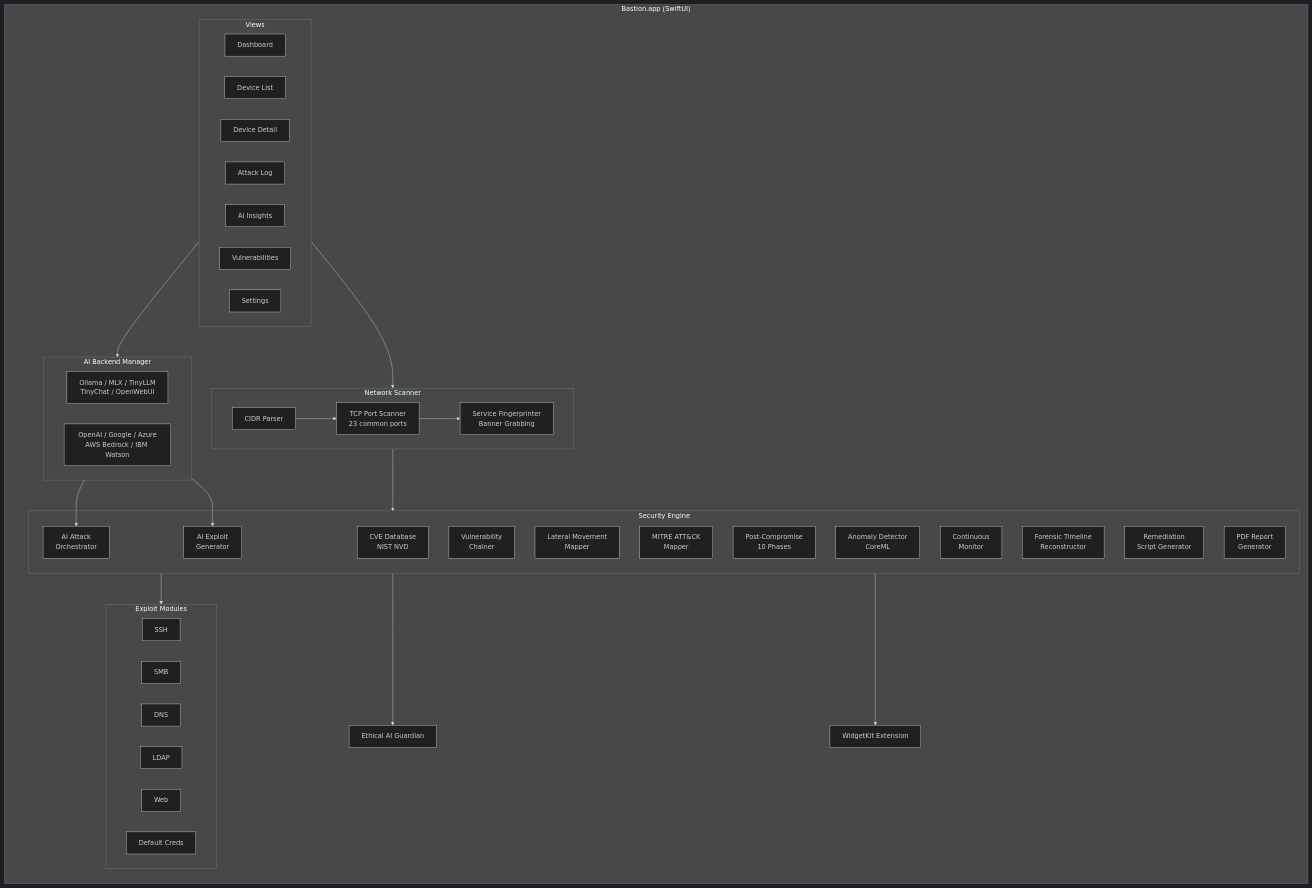
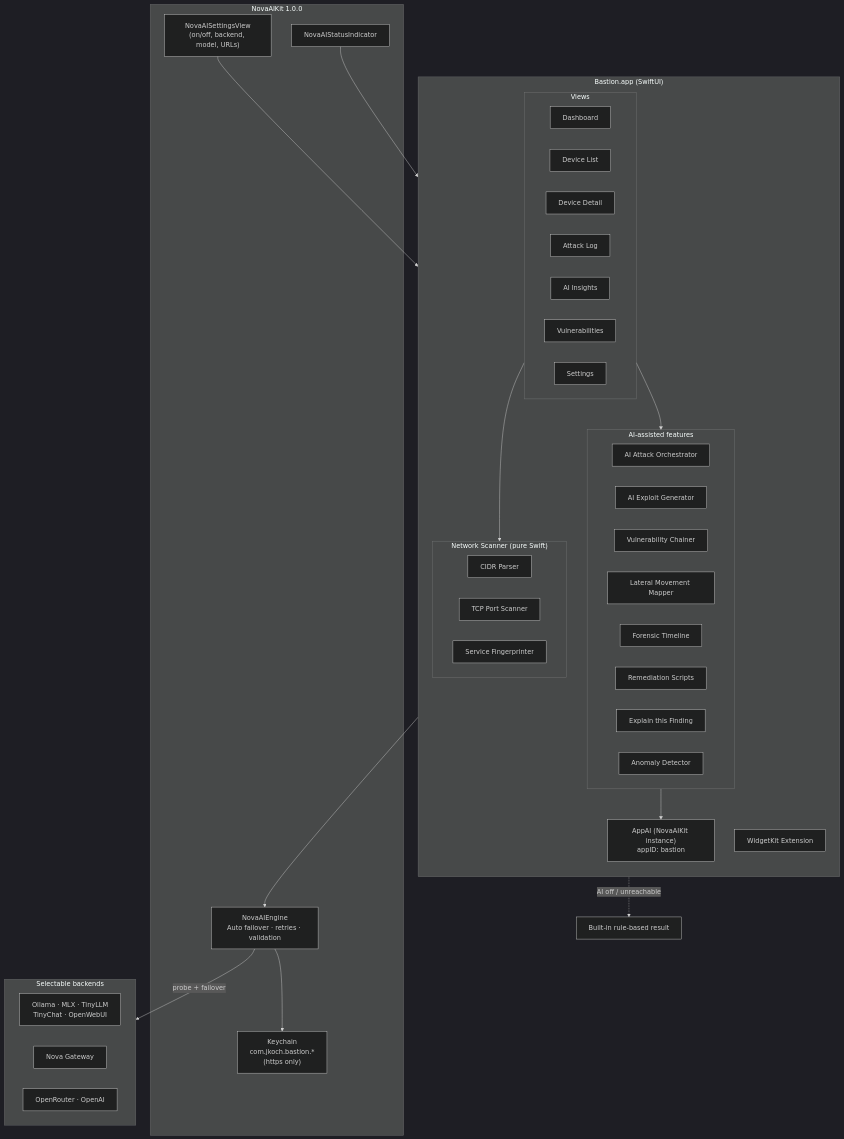
One commit to kochj23/Bastion changed the diagram in README.md. Above: the diagram before and after it, drawn with Mermaid (dark theme). The commit also changed other lines of this file and 40 other files, not shown here.

First line of the commit message:
feat: migrate all AI to NovaAIKit 1.0.0 (v1.1.0)

````diff
--- a/README.md
+++ b/README.md
@@ -18,58 +20,58 @@
 ```mermaid
 graph TB
     subgraph App["Bastion.app (SwiftUI)"]
         direction TB
         subgraph Views["Views"]
             Dashboard[Dashboard]
             DeviceList[Device List]
             DeviceDetail[Device Detail]
             AttackLog[Attack Log]
             AIInsights[AI Insights]
             Vulns[Vulnerabilities]
             Settings[Settings]
         end
 
-        subgraph AI["AI Backend Manager"]
-            Local["Ollama / MLX / TinyLLM\nTinyChat / OpenWebUI"]
-            Cloud["OpenAI / Google / Azure\nAWS Bedrock / IBM Watson"]
+        subgraph AIFeatures["AI-assisted features"]
+            Orchestrator["AI Attack Orchestrator"]
+            ExploitGen["AI Exploit Generator"]
+            Chainer["Vulnerability Chainer"]
+            LateralMap["Lateral Movement Mapper"]
+            Timeline["Forensic Timeline"]
+            Remediation["Remediation Scripts"]
+            Explain["Explain this Finding"]
+            Anomaly["Anomaly Detector"]
         end
 
-        subgraph Scanner["Network Scanner"]
+        subgraph Scanner["Network Scanner (pure Swift)"]
             CIDR["CIDR Parser"]
-            PortScan["TCP Port Scanner\n23 common ports"]
-            ServiceFP["Service Fingerprinter\nBanner Grabbing"]
+            PortScan["TCP Port Scanner"]
+            ServiceFP["Service Fingerprinter"]
         end
 
-        subgraph Engine["Security Engine"]
-            CVEDb["CVE Database\nNIST NVD"]
-            Orchestrator["AI Attack\nOrchestrator"]
-            ExploitGen["AI Exploit\nGenerator"]
-            Chainer["Vulnerability\nChainer"]
-            LateralMap["Lateral Movement\nMapper"]
-            MITRE["MITRE ATT&CK\nMapper"]
-            PostComp["Post-Compromise\n10 Phases"]
-            Anomaly["Anomaly Detector\nCoreML"]
-            Monitor["Continuous\nMonitor"]
-            Timeline["Forensic Timeline\nReconstructor"]
-            Remediation["Remediation\nScript Generator"]
-            PDF["PDF Report\nGenerator"]
-        end
-
-        subgraph Exploits["Exploit Modules"]
-            SSH[SSH] & SMB[SMB] & DNS_M[DNS] & LDAP[LDAP] & Web[Web] & Creds[Default Creds]
-        end
-
-        Guard["Ethical AI Guardian"]
+        AppAI["AppAI (NovaAIKit instance)\nappID: bastion"]
         Widget["WidgetKit Extension"]
     end
 
+    subgraph Kit["NovaAIKit 1.0.0"]
+        Settings2["NovaAISettingsView\n(on/off, backend, model, URLs)"]
+        Status["NovaAIStatusIndicator"]
+        Engine["NovaAIEngine\nAuto failover · retries · validation"]
+        Keychain["Keychain\ncom.jkoch.bastion.*\n(https only)"]
+    end
+
+    subgraph Backends["Selectable backends"]
+        Local["Ollama · MLX · TinyLLM\nTinyChat · OpenWebUI"]
+        Gateway["Nova Gateway"]
+        Frontier["OpenRouter · OpenAI"]
+    end
+
     Views --> Scanner
-    Views --> AI
-    AI --> Orchestrator
-    AI --> ExploitGen
-    Scanner --> Engine
-    CIDR --> PortScan --> ServiceFP
-    Engine --> Exploits
-    Engine --> Guard
-    Engine --> Widget
+    Views --> AIFeatures
+    AIFeatures --> AppAI
+    AppAI --> Engine
+    Engine --> Keychain
+    Engine -->|probe + failover| Backends
+    Settings2 --> AppAI
+    Status --> AppAI
+    AIFeatures -.->|AI off / unreachable| Fallback["Built-in rule-based result"]
 ```
````
